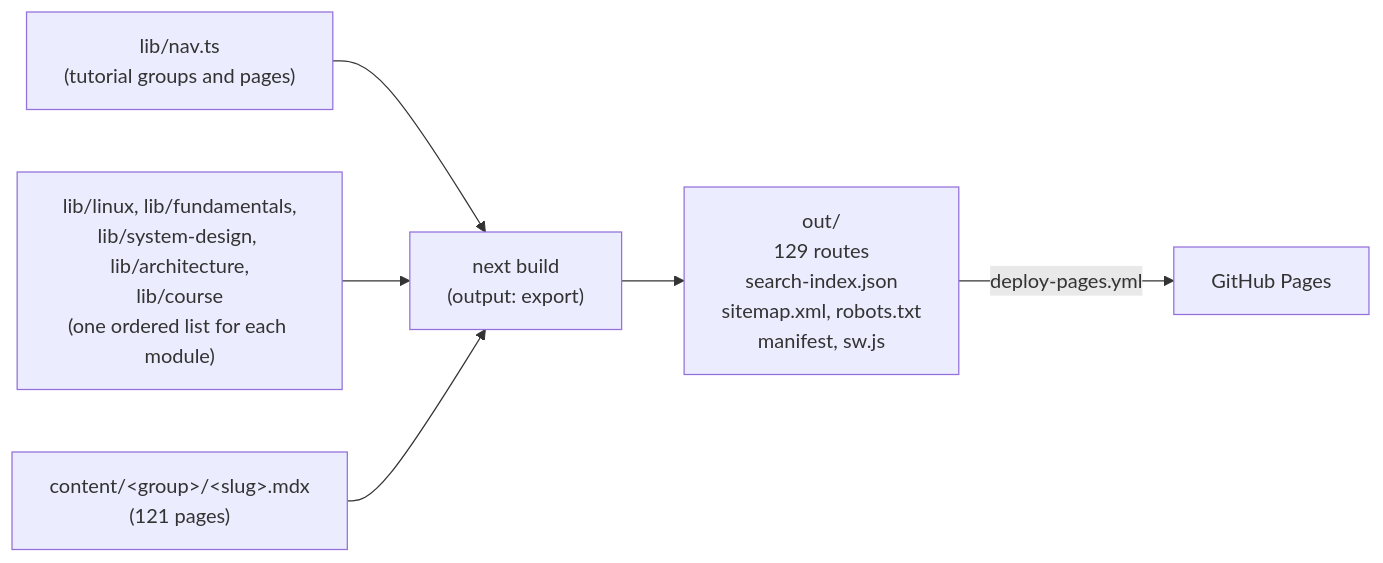
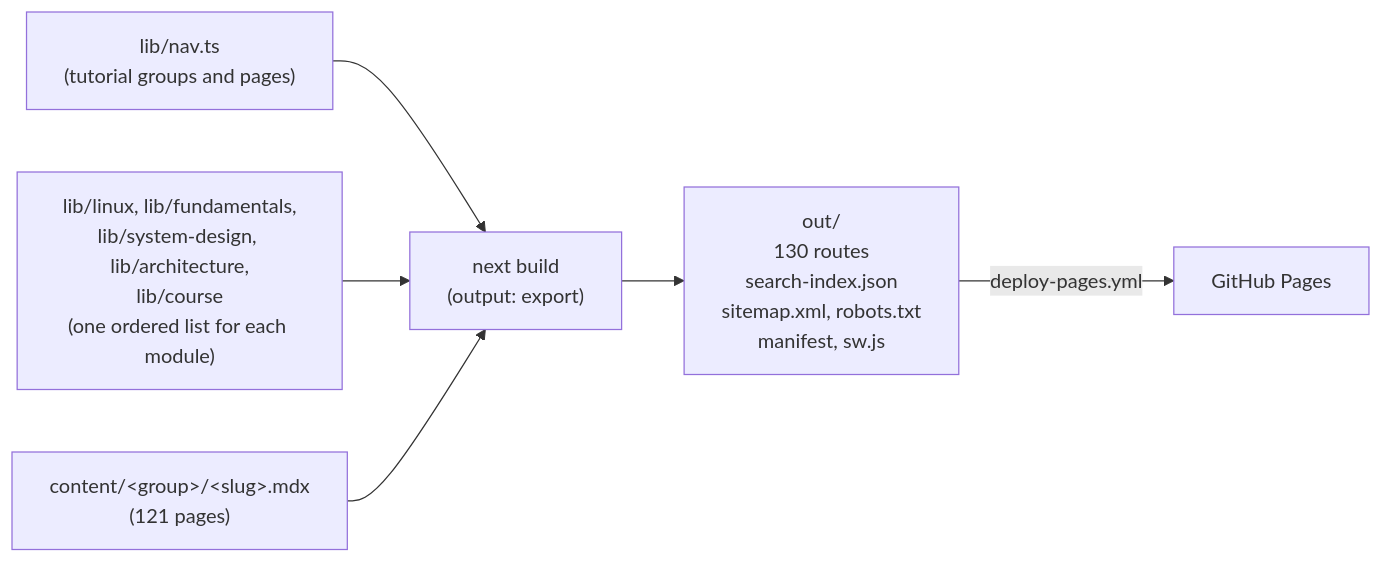
The diagram in docs/ARCHITECTURE.md (kawsar-95/ai-testing-guide), drawn with Mermaid before and after one commit. The commit also changed other lines of this file and 17 other files, not shown here.

````diff
--- a/docs/ARCHITECTURE.md
+++ b/docs/ARCHITECTURE.md
@@ -9,15 +9,15 @@
 ```mermaid
 flowchart LR
   nav["lib/nav.ts<br/>(tutorial groups and pages)"]
   mods["lib/linux, lib/fundamentals,<br/>lib/system-design, lib/architecture,<br/>lib/course<br/>(one ordered list for each module)"]
   mdx["content/&lt;group&gt;/&lt;slug&gt;.mdx<br/>(121 pages)"]
   build["next build<br/>(output: export)"]
-  out["out/<br/>129 routes<br/>search-index.json<br/>sitemap.xml, robots.txt<br/>manifest, sw.js"]
+  out["out/<br/>130 routes<br/>search-index.json<br/>sitemap.xml, robots.txt<br/>manifest, sw.js"]
   pages["GitHub Pages"]
 
   nav --> build
   mods --> build
   mdx --> build
   build --> out
   out -->|deploy-pages.yml| pages
 ```
````
